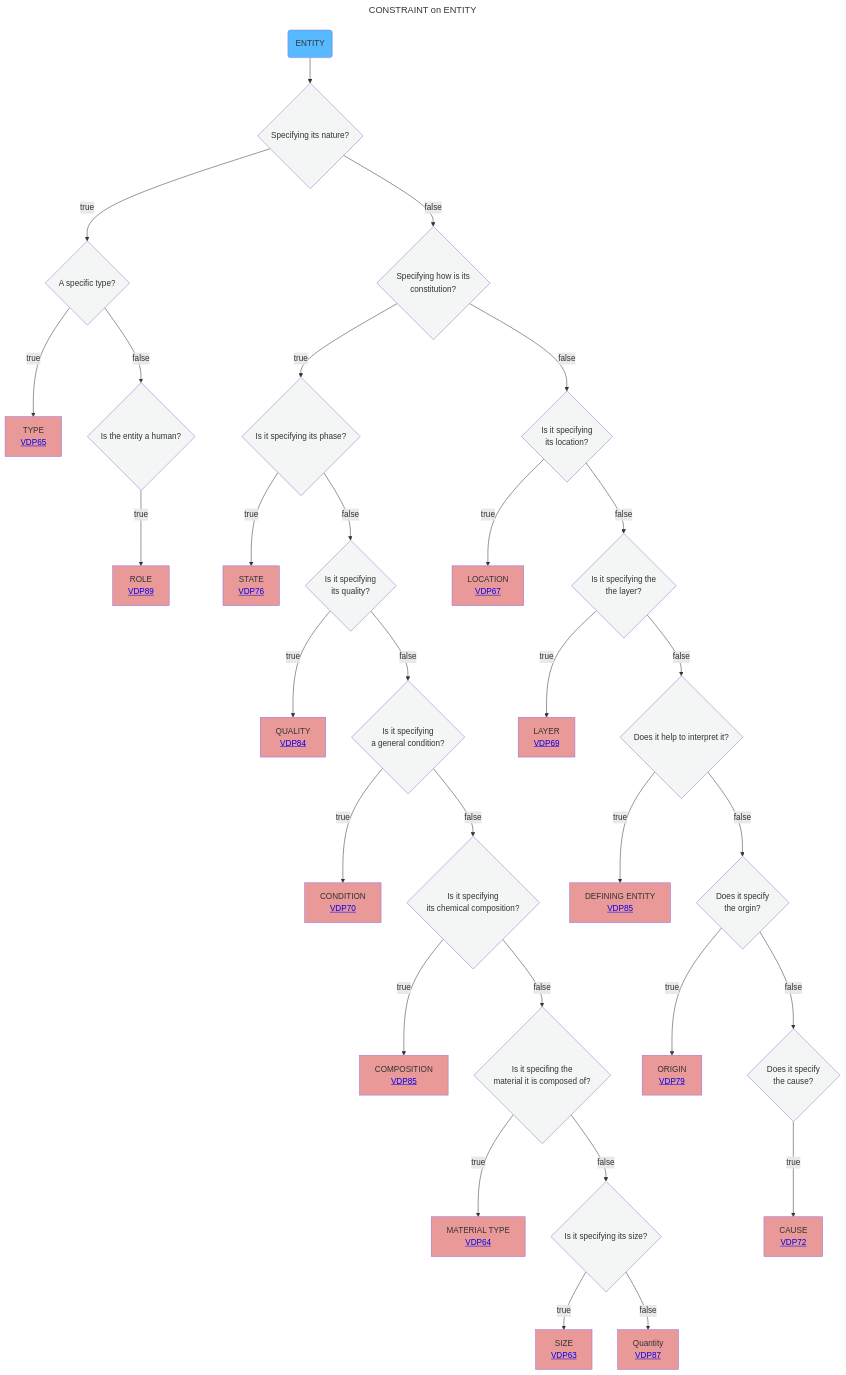
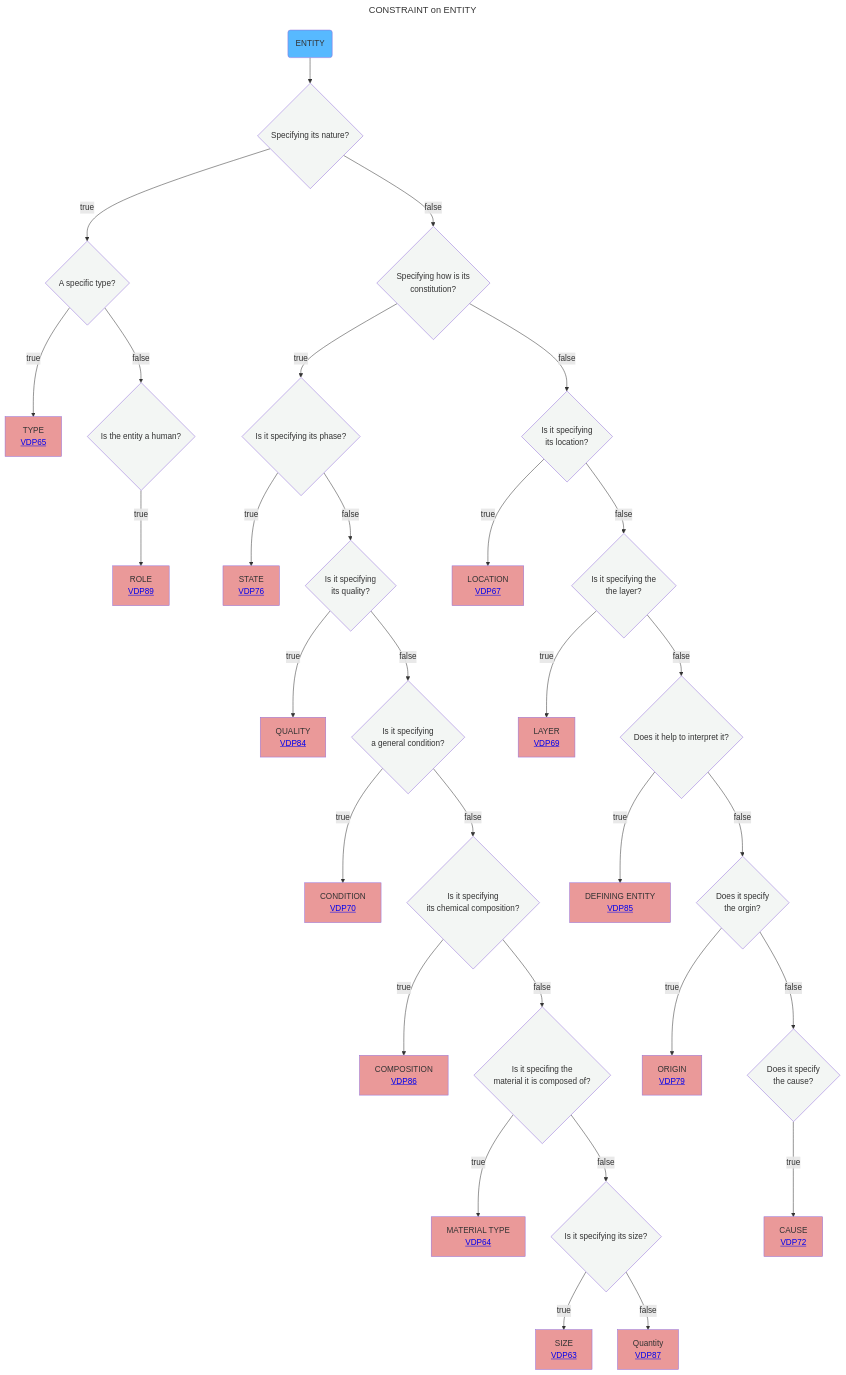
The diagram in Decisition_trees/DT8.mmd (mabablue/I-ADOPT-patterns-playground), drawn with Mermaid before and after one commit.

```diff
--- a/Decisition_trees/DT8.mmd
+++ b/Decisition_trees/DT8.mmd
@@ -1,38 +1,38 @@
 ---
 title: CONSTRAINT on ENTITY
 ---
 flowchart TD
     A(ENTITY):::satblue  --> AB{Specifying its nature?}:::white
     AB --> |true|B{A specific type?}:::white
     AB --> |false|E{Specifying how is its <br> constitution?}:::white
     B --> |true|C[TYPE <br> <a href='https://github.com/mabablue/I-ADOPT-patterns-playground/blob/main/pattern/VDP65.yaml'>VDP65</a>]:::rose
     B --> |false|D{Is the entity a human?}:::white
     D --> |true|F[ROLE <br> <a href='https://github.com/mabablue/I-ADOPT-patterns-playground/blob/main/pattern/VDP89.yaml'>VDP89</a>]:::rose
     E --> |true|G{Is it specifying its phase?}:::white
     E --> |false|R{Is it specifying <br> its location?}:::white
     G --> |true|H[STATE <br> <a href='https://github.com/mabablue/I-ADOPT-patterns-playground/blob/main/pattern/VDP76.yaml'>VDP76</a>]:::rose
     G --> |false|I{Is it specifying <br> its quality?}:::white
     I --> |true|K[QUALITY <br> <a href='https://github.com/mabablue/I-ADOPT-patterns-playground/blob/main/pattern/VDP84.yaml'>VDP84</a>]:::rose
     I --> |false|L{Is it specifying <br> a general condition?}:::white
     L --> |true|LA[CONDITION <br> <a href='https://github.com/mabablue/I-ADOPT-patterns-playground/blob/main/pattern/VDP70.yaml'>VDP70</a>]:::rose
     L --> |false|LM{Is it specifying <br> its chemical composition?}:::white
-    LM --> |true|M[COMPOSITION <br> <a href='https://github.com/mabablue/I-ADOPT-patterns-playground/blob/main/pattern/VDP85.yaml'>VDP85</a>]:::rose
+    LM --> |true|M[COMPOSITION <br> <a href='https://github.com/mabablue/I-ADOPT-patterns-playground/blob/main/pattern/VDP86.yaml'>VDP86</a>]:::rose
     LM --> |false|N{Is it specifing the <br> material it is composed of?}:::white
     N --> |true|O[MATERIAL TYPE <br> <a href='https://github.com/mabablue/I-ADOPT-patterns-playground/blob/main/pattern/VDP64.yaml'>VDP64</a>]:::rose
     N --> |false|P{Is it specifying its size?}:::white
     P --> |true|Q[SIZE <br> <a href='https://github.com/mabablue/I-ADOPT-patterns-playground/blob/main/pattern/VDP63.yaml'>VDP63</a>]:::rose
     P --> |false|QR[Quantity <br> <a href='https://github.com/mabablue/I-ADOPT-patterns-playground/blob/main/pattern/VDP87.yaml'>VDP87</a>]:::rose 
     R --> |true|S[LOCATION <br> <a href='https://github.com/mabablue/I-ADOPT-patterns-playground/blob/main/pattern/VDP67.yaml'>VDP67</a>]:::rose 
     R --> |false|T{Is it specifying the <br> the layer?}:::white
     T --> |true|U[LAYER <br> <a href='https://github.com/mabablue/I-ADOPT-patterns-playground/blob/main/pattern/VDP69.yaml'>VDP69</a>]:::rose
     T --> |false|V{Does it help to interpret it?}:::white
     V --> |true|W[DEFINING ENTITY <br> <a href='https://github.com/mabablue/I-ADOPT-patterns-playground/blob/main/pattern/VDP85.yaml'>VDP85</a>]:::rose
     V --> |false|VW{Does it specify <br> the orgin?}:::white
     VW --> |true|WV[ORIGIN <br> <a href='https://github.com/mabablue/I-ADOPT-patterns-playground/blob/main/pattern/VDP79.yaml'>VDP79</a>]:::rose
     VW --> |false|X{Does it specify <br> the cause?}:::white
     X --> |true|Y[CAUSE <br> <a href='https://github.com/mabablue/I-ADOPT-patterns-playground/blob/main/pattern/VDP72.yaml'>VDP72</a>]:::rose
    classDef blue fill:#90D5FF
    classDef satblue fill:#57B9FF 
    classDef white fill:#f3f6f4
    classDef green fill:#6aa84f
    classDef rose fill:#ea9999
```
